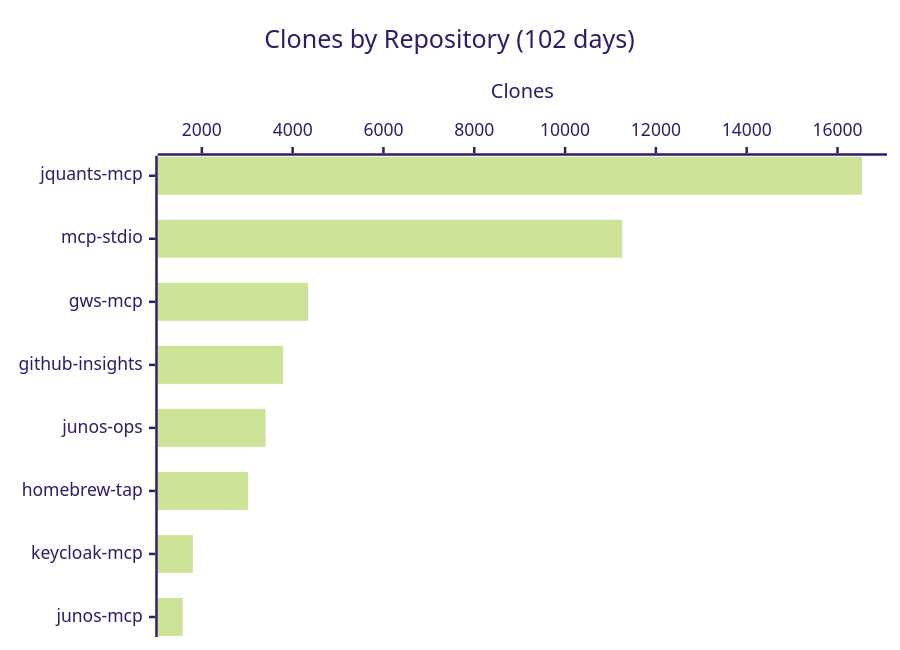
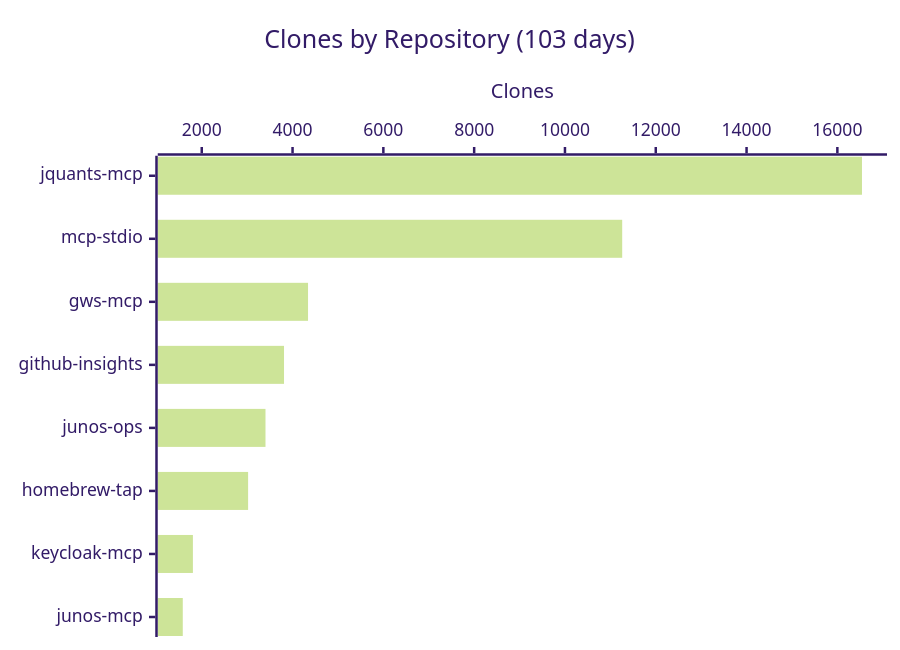
The third of 3 diagrams in README.md (shigechika/github-insights), drawn with Mermaid (forest theme) before and after one commit. The commit also changed other lines of this file and 2 other files, not shown here.

````diff
--- a/README.md
+++ b/README.md
@@ -43,7 +43,7 @@
 ```mermaid
 xychart-beta horizontal
-    title "Clones by Repository (102 days)"
+    title "Clones by Repository (103 days)"
     x-axis ["jquants-mcp", "mcp-stdio", "gws-mcp", "github-insights", "junos-ops", "homebrew-tap", "keycloak-mcp", "junos-mcp"]
     y-axis "Clones"
-    bar [16539, 11258, 4338, 3790, 3403, 3021, 1802, 1580]
+    bar [16542, 11261, 4341, 3812, 3404, 3021, 1805, 1582]
 ```
````
